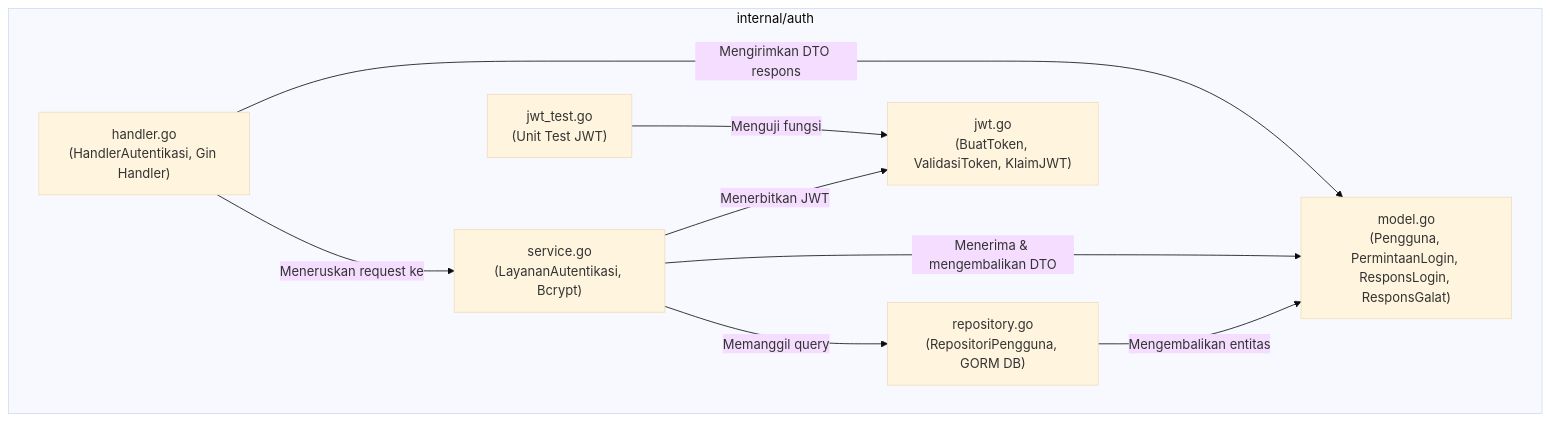
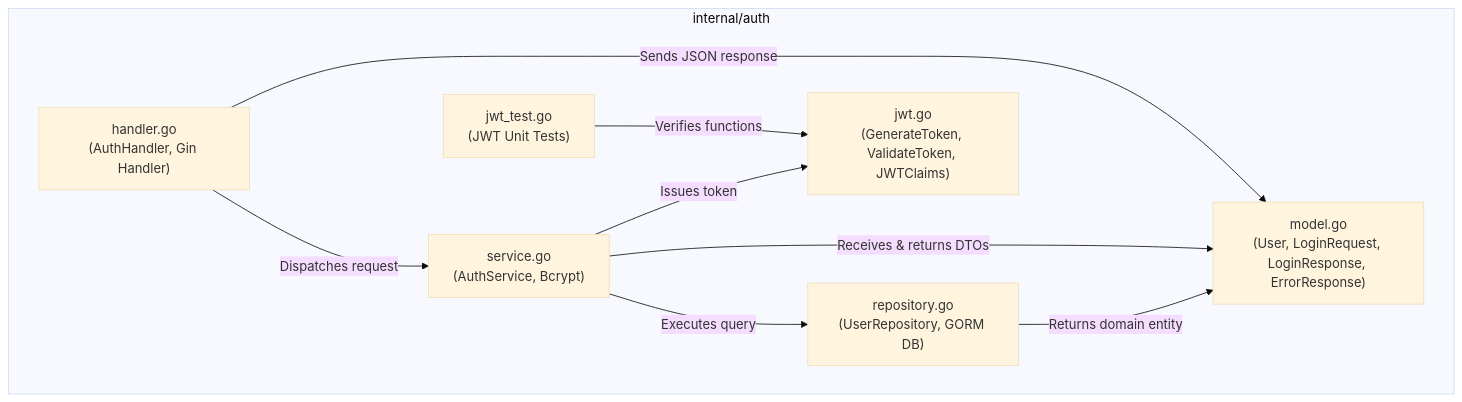
Before and after one commit to yesterdaygrace/CinemaSystem: the diagram in docs/modules/auth.md, drawn with Mermaid (base theme). The commit also changed other lines of this file and 84 other files, not shown here.

Commit message:
docs & feat: consolidate MKP assessment deliverables, update root README and schema

````diff
--- a/docs/modules/auth.md
+++ b/docs/modules/auth.md
@@ -99,19 +100,19 @@
 ```mermaid
 graph TD
     subgraph "internal/auth"
-        Model["model.go<br/>(Pengguna, PermintaanLogin, ResponsLogin, ResponsGalat)"]
-        JWT["jwt.go<br/>(BuatToken, ValidasiToken, KlaimJWT)"]
-        Repo["repository.go<br/>(RepositoriPengguna, GORM DB)"]
-        Service["service.go<br/>(LayananAutentikasi, Bcrypt)"]
-        Handler["handler.go<br/>(HandlerAutentikasi, Gin Handler)"]
-        Test["jwt_test.go<br/>(Unit Test JWT)"]
+        Model["model.go<br/>(User, LoginRequest, LoginResponse, ErrorResponse)"]
+        JWT["jwt.go<br/>(GenerateToken, ValidateToken, JWTClaims)"]
+        Repo["repository.go<br/>(UserRepository, GORM DB)"]
+        Service["service.go<br/>(AuthService, Bcrypt)"]
+        Handler["handler.go<br/>(AuthHandler, Gin Handler)"]
+        Test["jwt_test.go<br/>(JWT Unit Tests)"]
 
-        Repo -->|Mengembalikan entitas| Model
-        Service -->|Memanggil query| Repo
-        Service -->|Menerbitkan JWT| JWT
-        Service -->|Menerima & mengembalikan DTO| Model
-        Handler -->|Meneruskan request ke| Service
-        Handler -->|Mengirimkan DTO respons| Model
-        Test -->|Menguji fungsi| JWT
+        Repo -->|Returns domain entity| Model
+        Service -->|Executes query| Repo
+        Service -->|Issues token| JWT
+        Service -->|Receives & returns DTOs| Model
+        Handler -->|Dispatches request| Service
+        Handler -->|Sends JSON response| Model
+        Test -->|Verifies functions| JWT
     end
 ```
````
